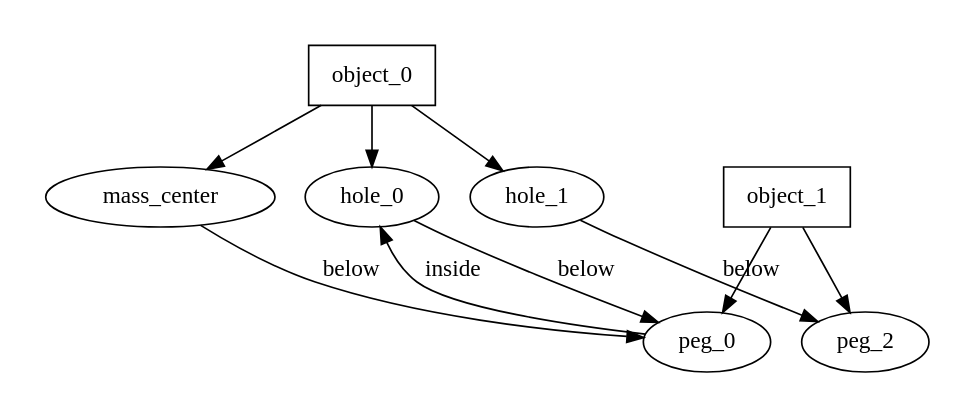
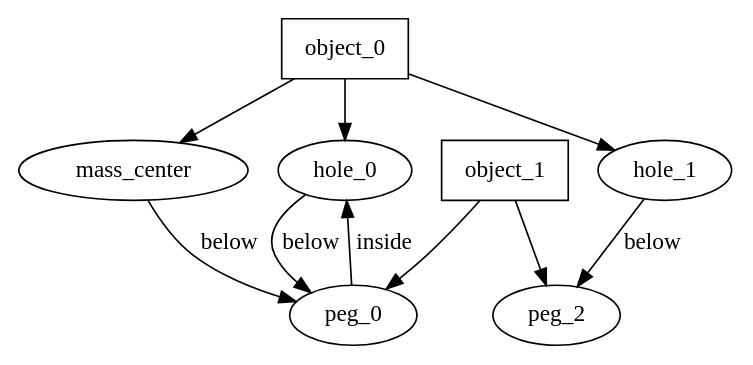
Before and after one commit to lubiluk/halepensis: the diagram in figures/graph2.dot, drawn with Graphviz. The commit also changed 14 other files, not shown here.

```diff
--- a/figures/graph2.dot
+++ b/figures/graph2.dot
@@ -1,26 +1,18 @@
 digraph G {
-    subgraph cluster_0 {
-        peripheries=0
-        0[label="object_0", shape=box];
-        1[label="hole_0"];
-        4[label="hole_1"];
-        6[label="mass_center"];
-    }
-
-    subgraph cluster_1 {
-        peripheries=0
-        2[label="object_1", shape=box];
-        3[label="peg_0"];
-        5[label="peg_2"];
-    }
-
+0[label="object_0" shape=box];
+1[label="hole_0"];
+2[label="object_1" shape=box];
+3[label="peg_0"];
+4[label="hole_1"];
+5[label="peg_2"];
+6[label="mass_center"];
 0->1 [label=""];
 2->3 [label=""];
 1->3 [label="below"];
 0->4 [label=""];
 2->5 [label=""];
 4->5 [label="below"];
 0->6 [label=""];
 6->3 [label="below"];
 3->1 [label="inside"];
 }
```
